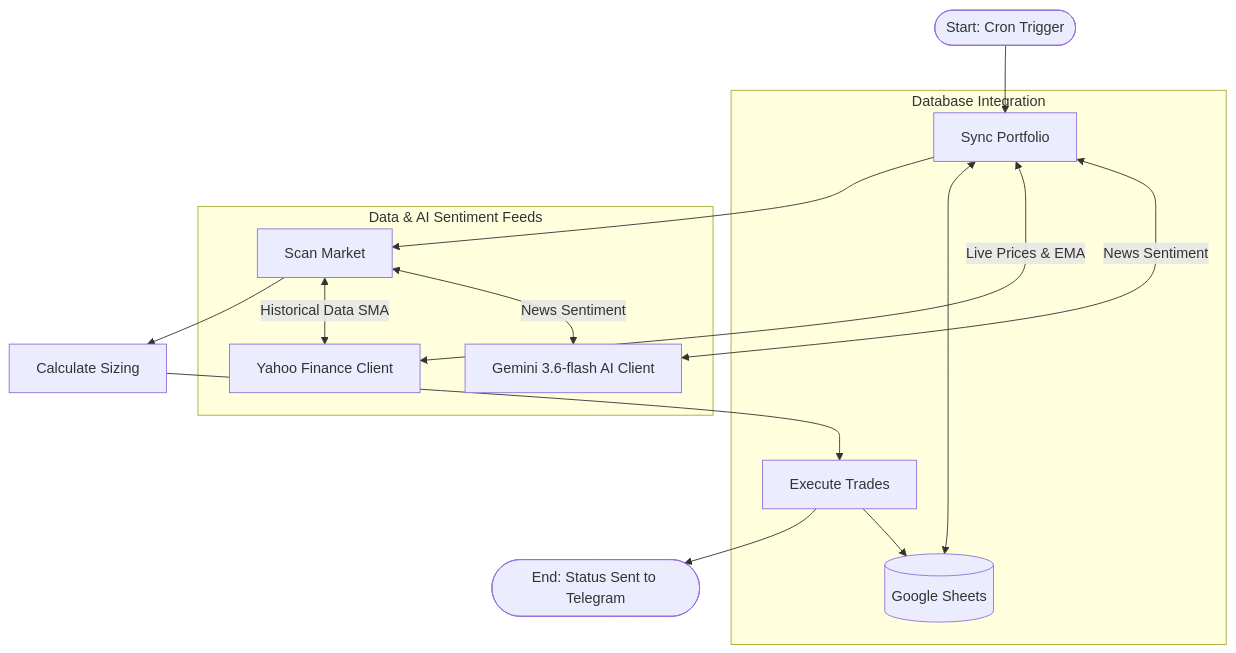
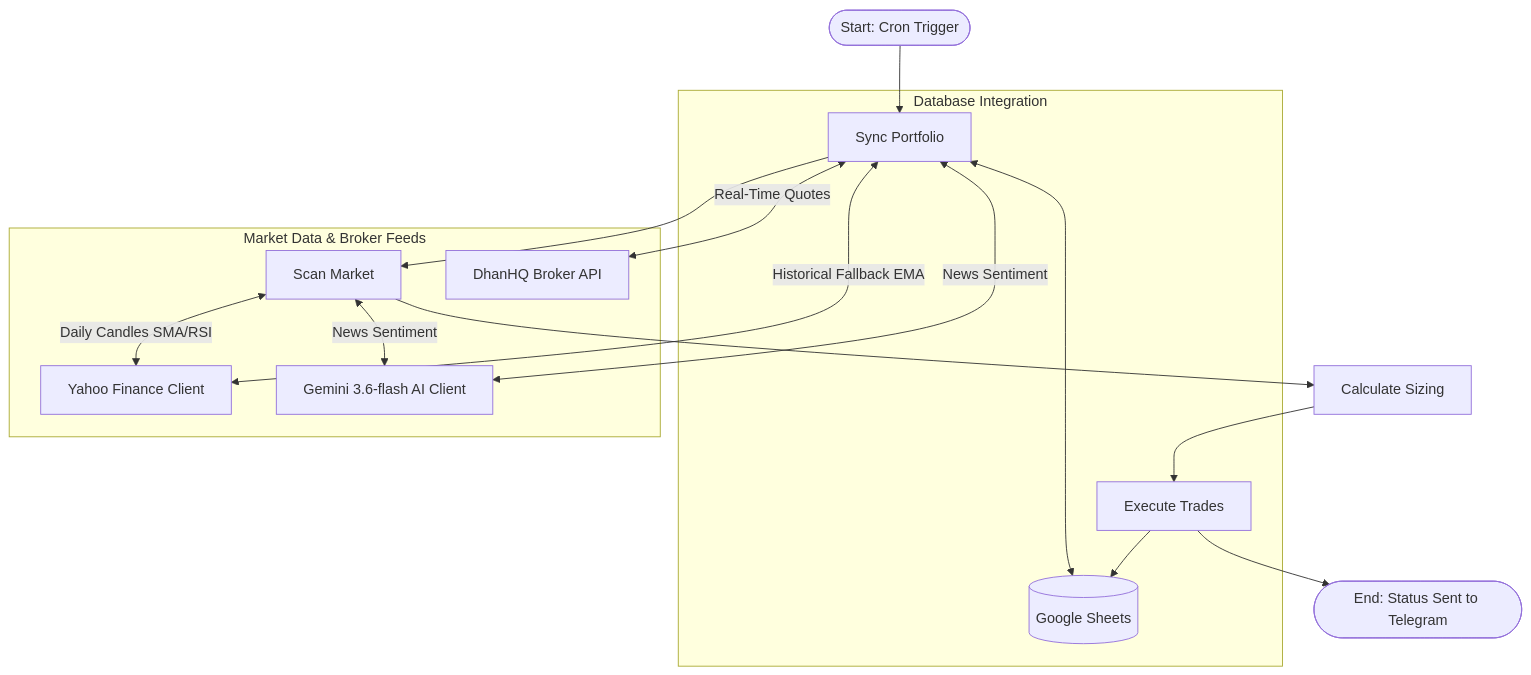
The diagram in final_system_blueprint.md (ckbasak/Swing-Trading), drawn with Mermaid before and after one commit. The commit also changed other lines of this file and 4 other files, not shown here.

Commit message:
Integrate DhanHQ Broker API: add dhan_client for real-time tick quotes and symbol token mapping with automatic yfinance fallback

````diff
--- a/final_system_blueprint.md
+++ b/final_system_blueprint.md
@@ -11,20 +11,21 @@
 ```mermaid
 graph TD
     A([Start: Cron Trigger]) --> B[Sync Portfolio]
     B --> C[Scan Market]
     C --> D[Calculate Sizing]
     D --> E[Execute Trades]
     E --> F([End: Status Sent to Telegram])
     
     subgraph Database Integration
         B <--> G[(Google Sheets)]
         E --> G
     end
     
-    subgraph Data & AI Sentiment Feeds
-        B <-- Live Prices & EMA --> I[Yahoo Finance Client]
-        C <-- Historical Data SMA --> I
+    subgraph Market Data & Broker Feeds
+        B <-- Real-Time Quotes --> H[DhanHQ Broker API]
+        B <-- Historical Fallback EMA --> I[Yahoo Finance Client]
+        C <-- Daily Candles SMA/RSI --> I
         B <-- News Sentiment --> J[Gemini 3.6-flash AI Client]
         C <-- News Sentiment --> J
     end
 ```
````
